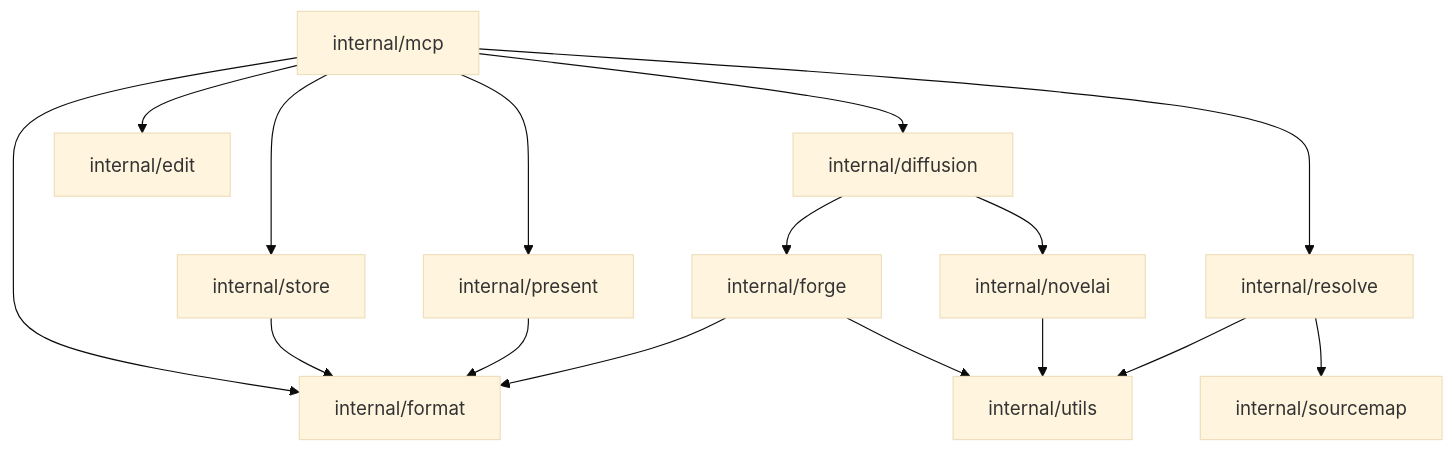
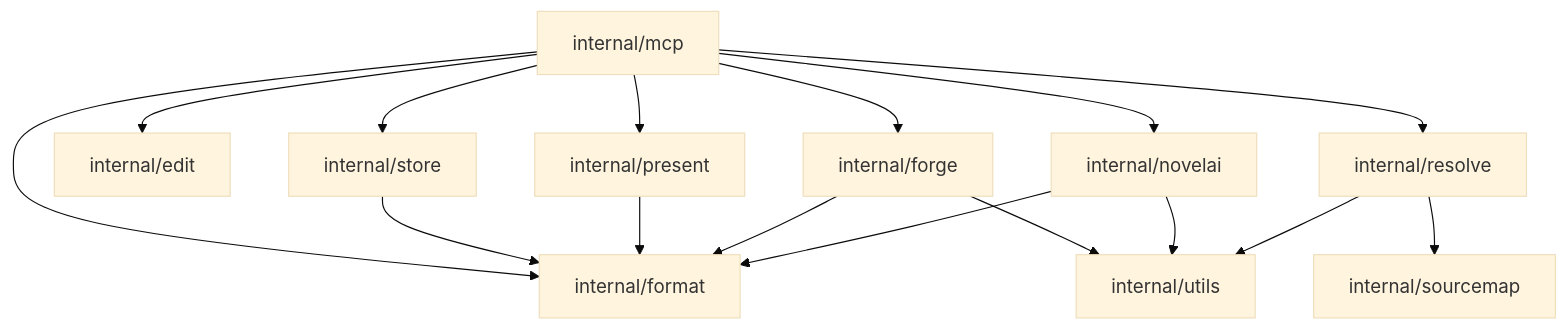
One commit to wishmatic/neo-mcp changed the diagram in AGENTS.md. Above: the diagram before and after it, drawn with Mermaid (base theme). The commit also changed 54 other files, not shown here.

Commit message:
Split generation into forge and novelai tools

````diff
--- a/AGENTS.md
+++ b/AGENTS.md
@@ -83,32 +83,31 @@
 ```mermaid
 flowchart TD
     mcp["internal/mcp"]
-    diffusion["internal/diffusion"]
     present["internal/present"]
     edit["internal/edit"]
     format["internal/format"]
     forge["internal/forge"]
     novelai["internal/novelai"]
     sourcemap["internal/sourcemap"]
     resolve["internal/resolve"]
     store["internal/store"]
     utils["internal/utils"]
 
-    mcp --> diffusion
+    mcp --> forge
+    mcp --> novelai
     mcp --> edit
     mcp --> present
     mcp --> format
     mcp --> resolve
     mcp --> store
 
-    diffusion --> forge
-    diffusion --> novelai
     store --> format
     present --> format
 
     forge --> format
     forge --> utils
+    novelai --> format
     novelai --> utils
     resolve --> sourcemap
     resolve --> utils
 ```
````
